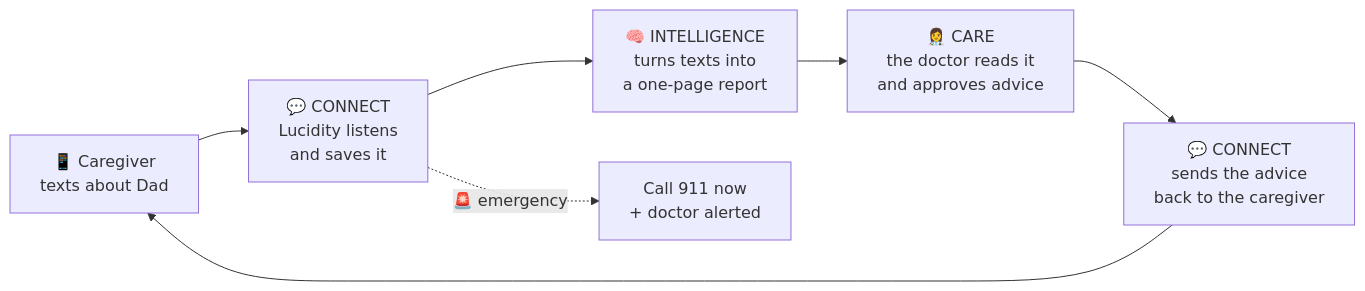
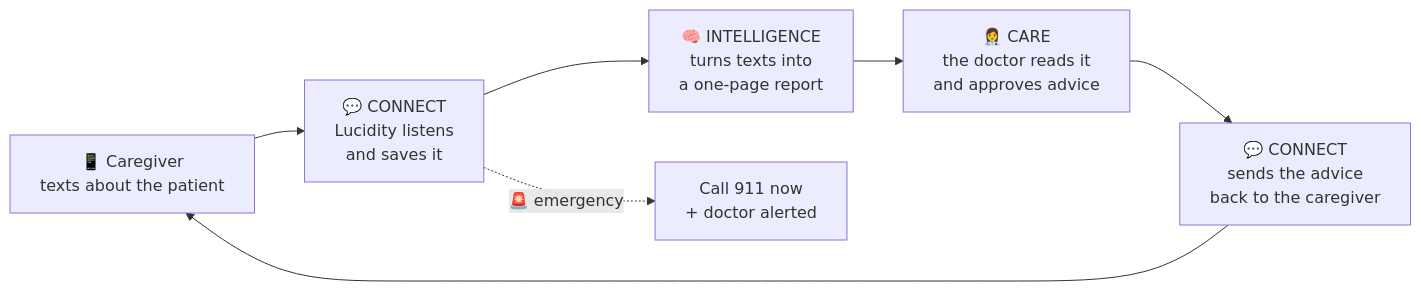
The diagram in diagram.md (kpiryani/lucidity), drawn with Mermaid before and after one commit.

Commit message:
Update caregiver text in diagram.md

````diff
--- a/diagram.md
+++ b/diagram.md
@@ -3,9 +3,9 @@
 ```mermaid
 flowchart LR
-    A["📱 Caregiver<br/>texts about Dad"] --> B["💬 CONNECT<br/>Lucidity listens<br/>and saves it"]
+    A["📱 Caregiver<br/>texts about the patient"] --> B["💬 CONNECT<br/>Lucidity listens<br/>and saves it"]
     B --> C["🧠 INTELLIGENCE<br/>turns texts into<br/>a one-page report"]
     C --> D["👩‍⚕️ CARE<br/>the doctor reads it<br/>and approves advice"]
     D --> E["💬 CONNECT<br/>sends the advice<br/>back to the caregiver"]
     E --> A
     B -. "🚨 emergency" .-> F["Call 911 now<br/>+ doctor alerted"]
 ```
````
